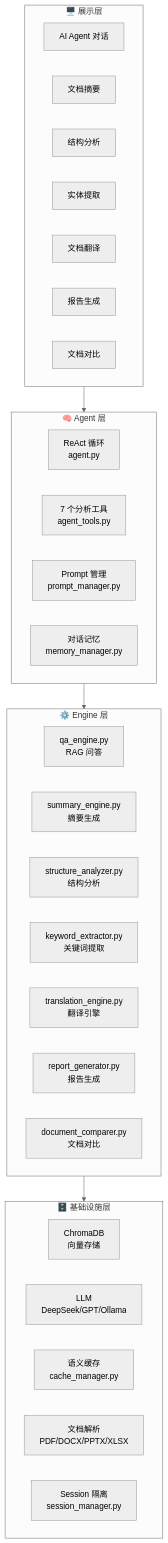
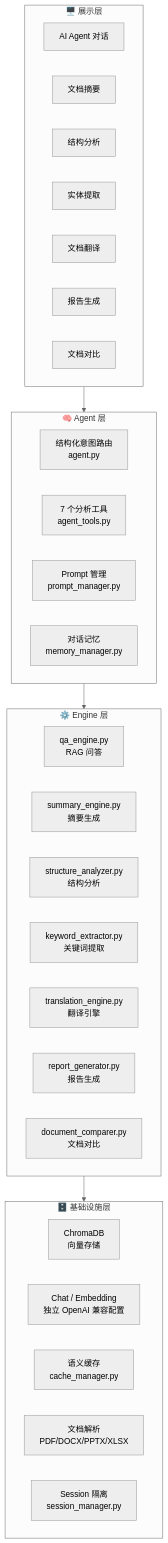
Before and after one commit to 1966547521/ai-doc-assistant: the second of 2 diagrams in README.md, drawn with Mermaid (neutral theme). The commit also changed other lines of this file and 60 other files, not shown here.

````diff
--- a/README.md
+++ b/README.md
@@ -58,57 +53,57 @@
 ```mermaid
 graph TB
     subgraph UI["🖥️ 展示层"]
         T1["AI Agent 对话"]
         T2["文档摘要"]
         T3["结构分析"]
         T4["实体提取"]
         T5["文档翻译"]
         T6["报告生成"]
         T7["文档对比"]
     end
 
     subgraph AGENT["🧠 Agent 层"]
-        REACT["ReAct 循环
+        REACT["结构化意图路由
 agent.py"]
         TOOLS["7 个分析工具
 agent_tools.py"]
         PROMPT["Prompt 管理
 prompt_manager.py"]
         MEMORY["对话记忆
 memory_manager.py"]
     end
 
     subgraph ENGINE["⚙️ Engine 层"]
         QA["qa_engine.py
 RAG 问答"]
         SUM["summary_engine.py
 摘要生成"]
         STRUCT["structure_analyzer.py
 结构分析"]
         KW["keyword_extractor.py
 关键词提取"]
         TRANS["translation_engine.py
 翻译引擎"]
         REPORT["report_generator.py
 报告生成"]
         COMP["document_comparer.py
 文档对比"]
     end
 
     subgraph INFRA["🗄️ 基础设施层"]
         CHROMA["ChromaDB
 向量存储"]
-        LLMS["LLM
-DeepSeek/GPT/Ollama"]
+        LLMS["Chat / Embedding
+独立 OpenAI 兼容配置"]
         CACHE["语义缓存
 cache_manager.py"]
         PARSER["文档解析
 PDF/DOCX/PPTX/XLSX"]
         SESSION["Session 隔离
 session_manager.py"]
     end
 
     UI --> AGENT
     AGENT --> ENGINE
     ENGINE --> INFRA
 ```
````
